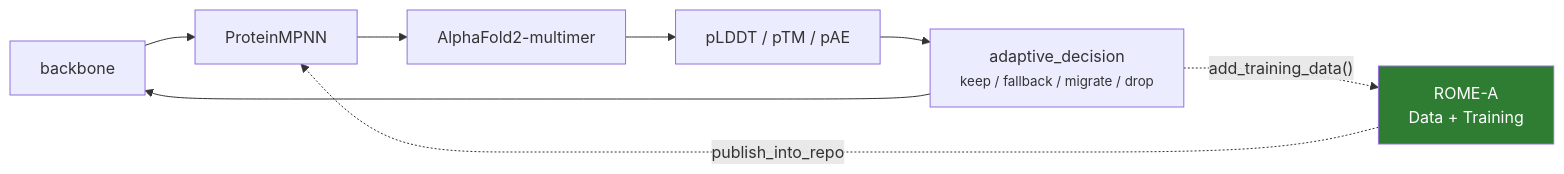
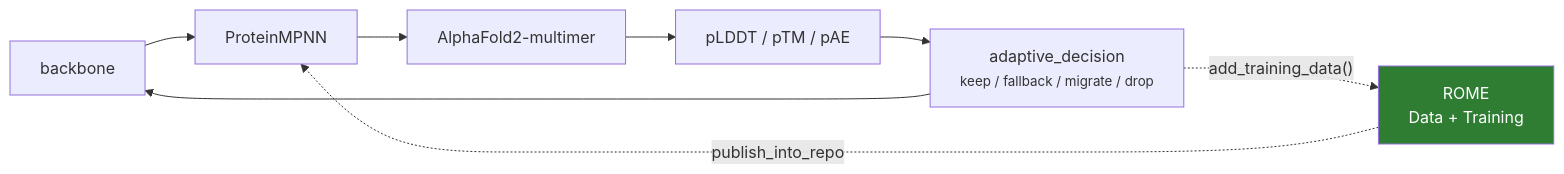
The diagram in docs/examples/impress-r.md (Iznoanygod/ROME), drawn with Mermaid before and after one commit. The commit also changed other lines of this file and 57 other files, not shown here.

````diff
--- a/docs/examples/impress-r.md
+++ b/docs/examples/impress-r.md
@@ -12,11 +12,11 @@
 ```mermaid
 flowchart LR
     B["backbone"] --> M["ProteinMPNN"] --> A["AlphaFold2-multimer"] --> P["pLDDT / pTM / pAE"]
     P --> AD["adaptive_decision<br/><small>keep / fallback / migrate / drop</small>"]
     AD --> B
 
-    AD -. "add_training_data()" .-> R["ROME-A<br/>Data + Training"]
+    AD -. "add_training_data()" .-> R["ROME<br/>Data + Training"]
     R -. "publish_into_repo" .-> M
 
     style R fill:#2e7d32,color:#fff
 ```
````
